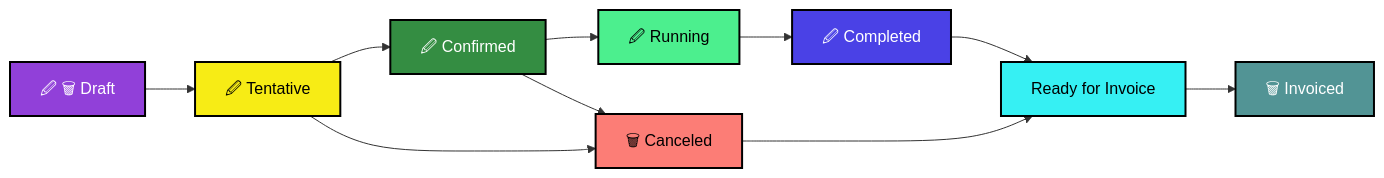
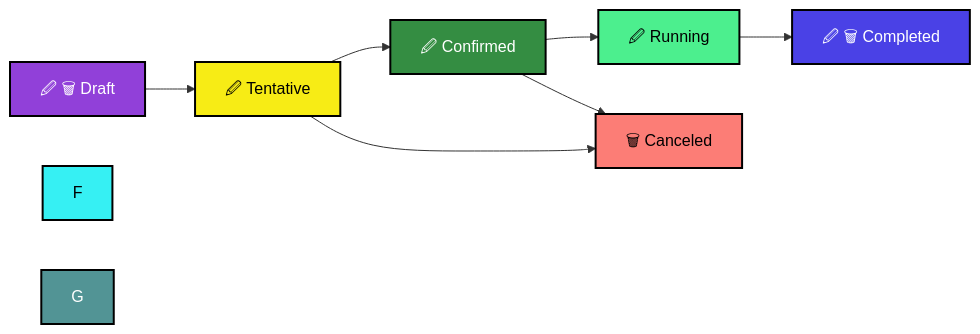
The diagram in solutions/standard_solutions/MediaOps/Apps/Scheduling/MO_S_Job_States.md (SkylineCommunications/dataminer-docs), drawn with Mermaid before and after one commit. The commit also changed other lines of this file, not shown here.

````diff
--- a/solutions/standard_solutions/MediaOps/Apps/Scheduling/MO_S_Job_States.md
+++ b/solutions/standard_solutions/MediaOps/Apps/Scheduling/MO_S_Job_States.md
@@ -44,21 +46,18 @@
 ```mermaid
 graph LR
     A[🖉 🗑 Draft] --> B[🖉 Tentative]
     B --> C[🖉 Confirmed]
     C --> D[🖉 Running]
-    D --> E[🖉 Completed]
-    E --> F[Ready for Invoice]
-    F --> G[🗑 Invoiced]
+    D --> E[🖉 🗑 Completed]
     C --> H[🗑 Canceled]
-    B --> H[🗑 Canceled]
-    H --> F[Ready for Invoice]
+    B --> H
 
     style A fill:#9140D9,stroke:#000,stroke-width:2px,color:#ffffff
     style B fill:#F7EC15,stroke:#000,stroke-width:2px,color:#000000
     style C fill:#348D42,stroke:#000,stroke-width:2px,color:#ffffff
     style D fill:#4CEF8E,stroke:#000,stroke-width:2px,color:#000000
     style E fill:#4A41E6,stroke:#000,stroke-width:2px,color:#ffffff
     style F fill:#36F0F3,stroke:#000,stroke-width:2px,color:#000000
     style G fill:#529495,stroke:#000,stroke-width:2px,color:#ffffff
     style H fill:#FC7D76,stroke:#000,stroke-width:2px,color:#000000
 ```
````
